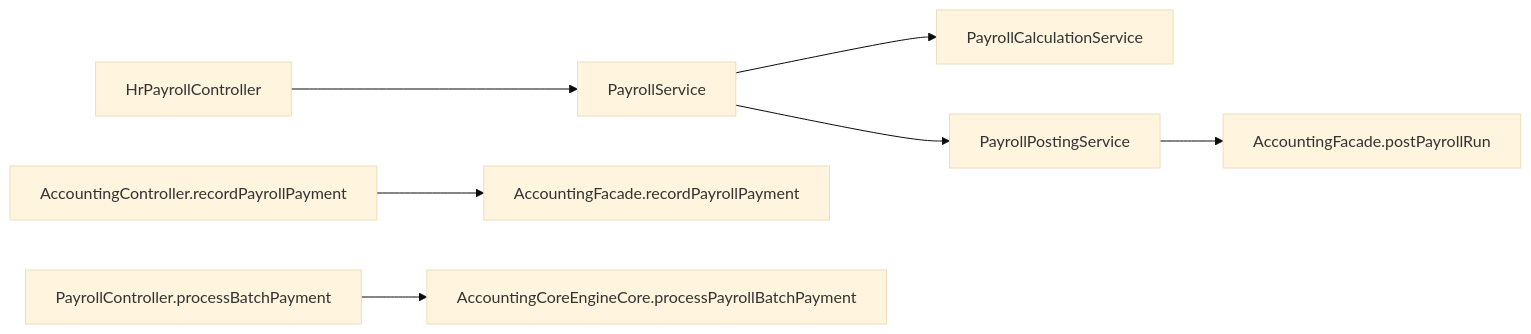
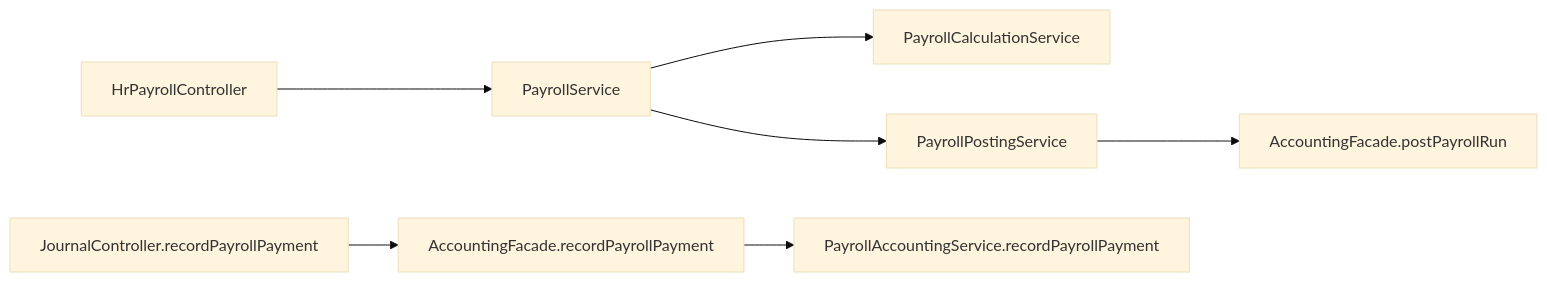
The diagram in docs/developer/accounting-flows/06-hr-payroll-bridge.md (evilfps/bigbrightpaints-erp), drawn with Mermaid (base theme) before and after one commit. The commit also changed other lines of this file and 31 other files, not shown here.

````diff
--- a/docs/developer/accounting-flows/06-hr-payroll-bridge.md
+++ b/docs/developer/accounting-flows/06-hr-payroll-bridge.md
@@ -18,9 +18,9 @@
 ```mermaid
 flowchart LR
     HR["HrPayrollController"] --> PS["PayrollService"]
     PS --> CALC["PayrollCalculationService"]
     PS --> POST["PayrollPostingService"]
     POST --> AF["AccountingFacade.postPayrollRun"]
-    ACC["AccountingController.recordPayrollPayment"] --> PAY["AccountingFacade.recordPayrollPayment"]
-    BATCH["PayrollController.processBatchPayment"] --> ENG["AccountingCoreEngineCore.processPayrollBatchPayment"]
+    ACC["JournalController.recordPayrollPayment"] --> PAY["AccountingFacade.recordPayrollPayment"]
+    PAY --> PAS["PayrollAccountingService.recordPayrollPayment"]
 ```
````
